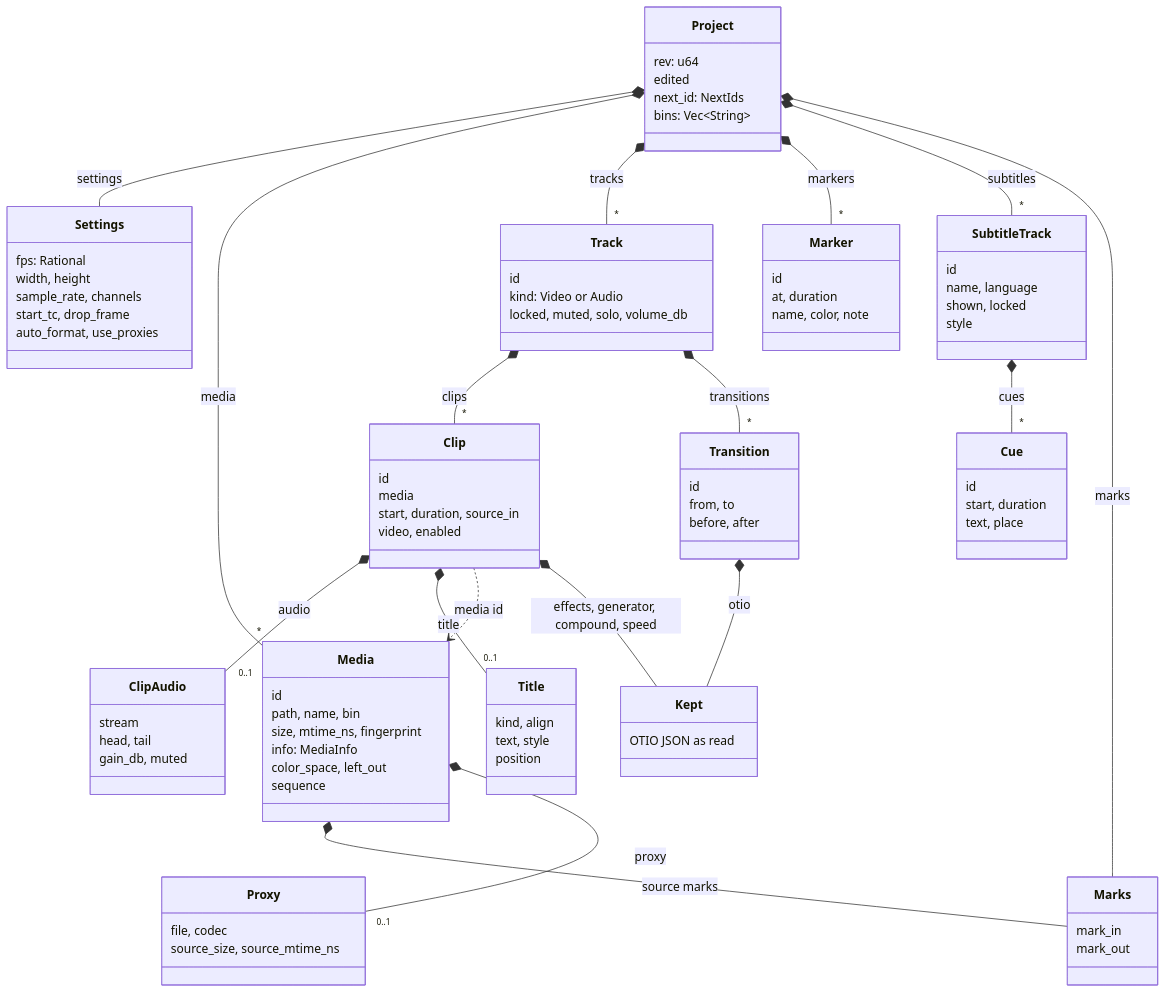
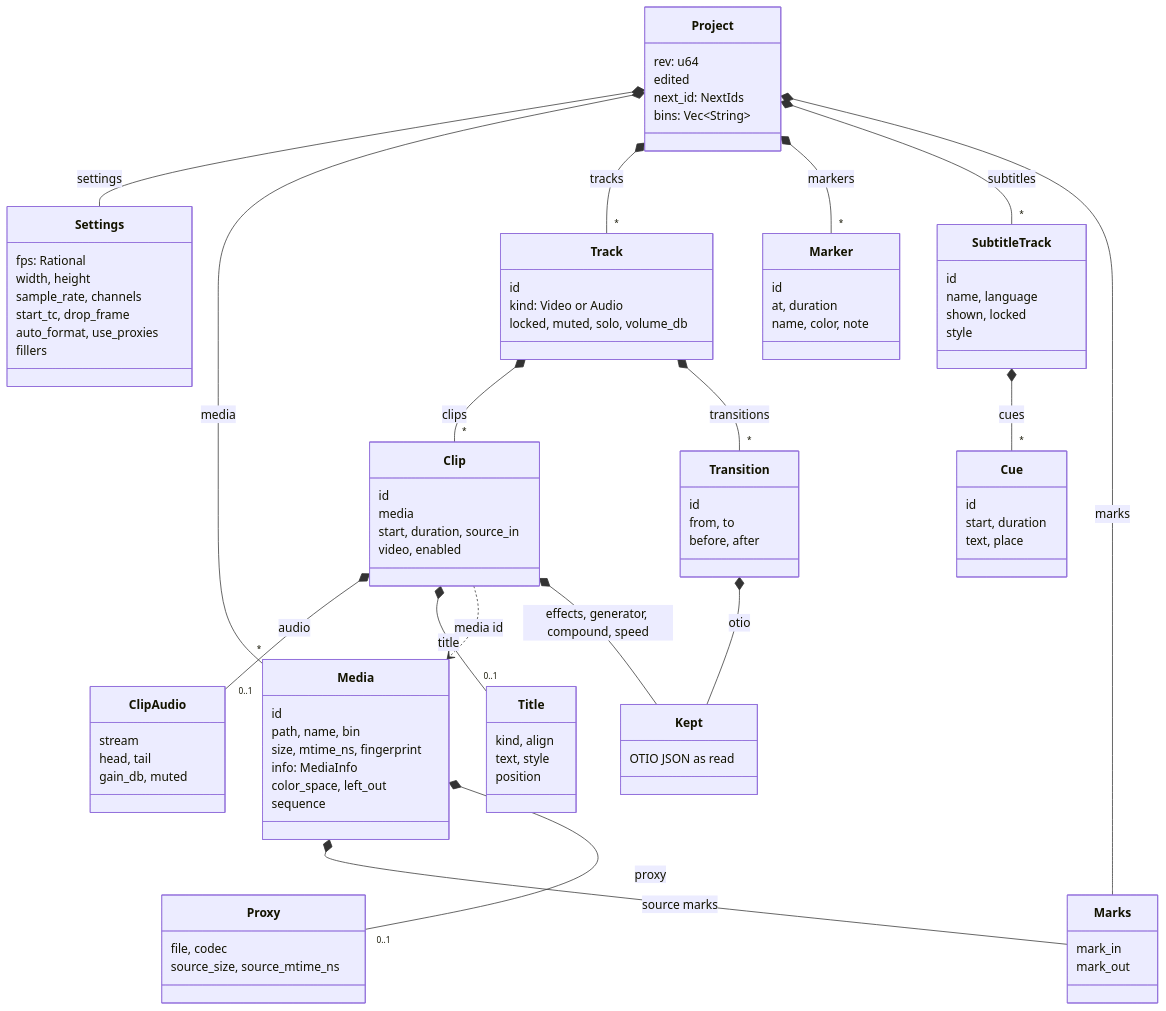
One commit to oittaa/vidcut changed the first of 2 diagrams in docs/design/model.md. Above: the diagram before and after it, drawn with Mermaid. The commit also changed other lines of this file and 9 other files, not shown here.

```diff
--- a/docs/design/model.md
+++ b/docs/design/model.md
@@ -16,6 +16,7 @@
     sample_rate, channels
     start_tc, drop_frame
     auto_format, use_proxies
+    fillers
   }
   class Media {
     id
```
